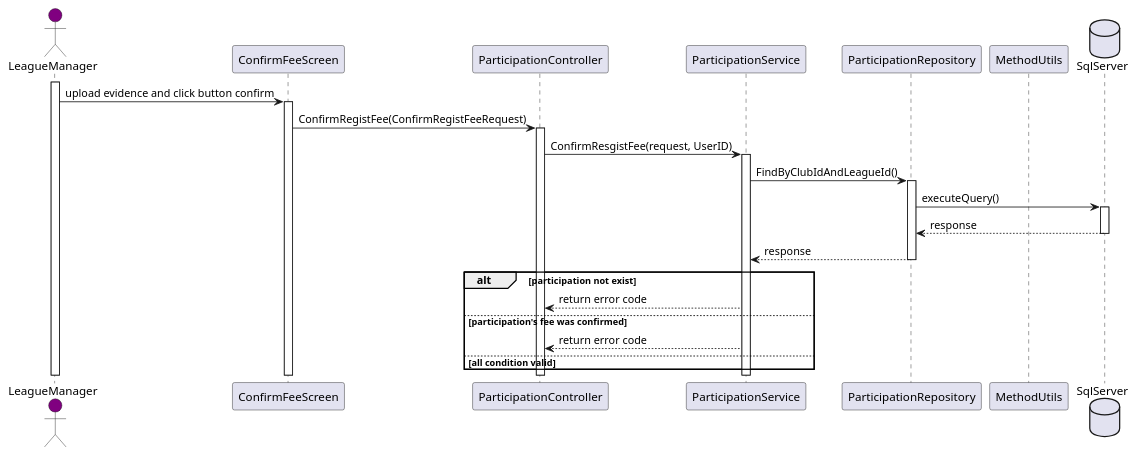
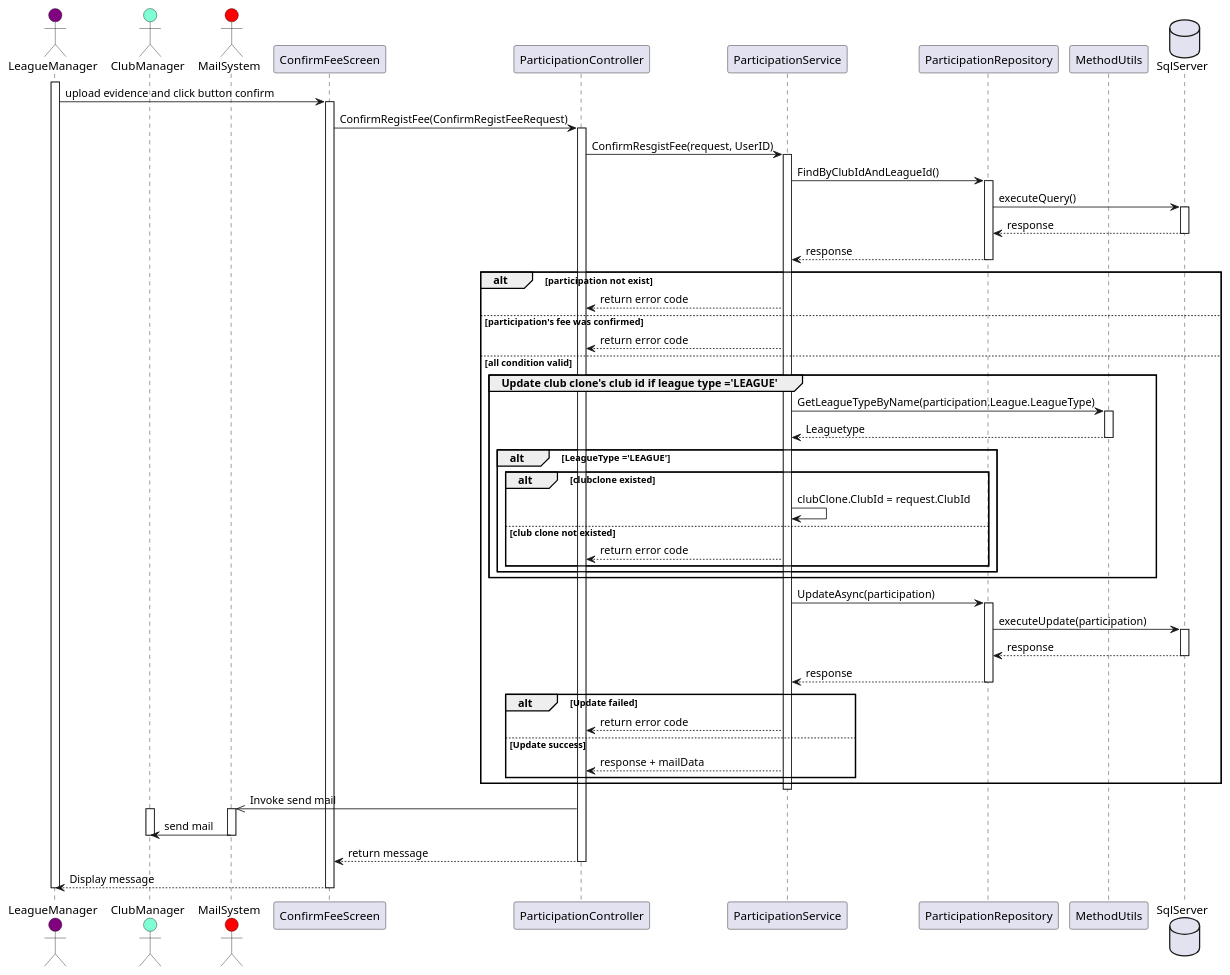
The diagram in Feature_for_league_manager/League_participation_management/Sequence_diagram/uc77_ConfirmRegistrationFee.puml (envydiace/FLMS_Diagram), drawn with PlantUML before and after one commit. The commit also changed 3 other files, not shown here.

Commit message:
update sequence + update arrow type

```diff
--- a/Feature_for_league_manager/League_participation_management/Sequence_diagram/uc77_ConfirmRegistrationFee.puml
+++ b/Feature_for_league_manager/League_participation_management/Sequence_diagram/uc77_ConfirmRegistrationFee.puml
@@ -1,36 +1,71 @@
 @startuml Confirm Registration Fee 
 actor LeagueManager #Purple
+actor ClubManager #Aquamarine
+actor MailSystem #Red
 participant ConfirmFeeScreen
 participant ParticipationController
 participant ParticipationService
 participant ParticipationRepository
 participant MethodUtils
 database SqlServer
 
 activate LeagueManager
     LeagueManager -> ConfirmFeeScreen: upload evidence and click button confirm
     activate ConfirmFeeScreen
         ConfirmFeeScreen -> ParticipationController: ConfirmRegistFee(ConfirmRegistFeeRequest)
         activate ParticipationController
             ParticipationController -> ParticipationService: ConfirmResgistFee(request, UserID)
             activate ParticipationService
                 ParticipationService -> ParticipationRepository: FindByClubIdAndLeagueId()
                 activate ParticipationRepository
                     ParticipationRepository -> SqlServer: executeQuery()
                     activate SqlServer
                         SqlServer --> ParticipationRepository: response
                     deactivate SqlServer
                     ParticipationRepository --> ParticipationService: response
                 deactivate ParticipationRepository
                 alt participation not exist
                     ParticipationService --> ParticipationController: return error code
                 else participation's fee was confirmed
                     ParticipationService --> ParticipationController: return error code
                 else all condition valid
-                    
+                    group Update club clone's club id if league type ='LEAGUE'
+                        ParticipationService -> MethodUtils: GetLeagueTypeByName(participation.League.LeagueType)
+                        activate MethodUtils
+                            MethodUtils --> ParticipationService: Leaguetype
+                        deactivate MethodUtils
+                        alt LeagueType ='LEAGUE'
+                            alt clubclone existed
+                                ParticipationService -> ParticipationService: clubClone.ClubId = request.ClubId
+                            else club clone not existed
+                            ParticipationService --> ParticipationController: return error code
+                            end 
+                        end
+                    end
+                    ParticipationService -> ParticipationRepository: UpdateAsync(participation)
+                    activate ParticipationRepository
+                        ParticipationRepository -> SqlServer: executeUpdate(participation)
+                        activate SqlServer
+                            SqlServer --> ParticipationRepository: response
+                        deactivate SqlServer
+                        ParticipationRepository --> ParticipationService: response
+                    deactivate ParticipationRepository
+                    alt Update failed 
+                        ParticipationService --> ParticipationController: return error code
+                    else Update success
+                        ParticipationService --> ParticipationController: response + mailData
+                    end
                 end
             deactivate ParticipationService
+            ParticipationController ->> MailSystem: Invoke send mail
+            activate MailSystem
+                activate ClubManager
+                MailSystem -> ClubManager: send mail
+                deactivate ClubManager
+            deactivate MailSystem 
+            ParticipationController --> ConfirmFeeScreen: return message
         deactivate ParticipationController
+        ConfirmFeeScreen --> LeagueManager: Display message
     deactivate ConfirmFeeScreen
 deactivate LeagueManager
 @enduml
```
